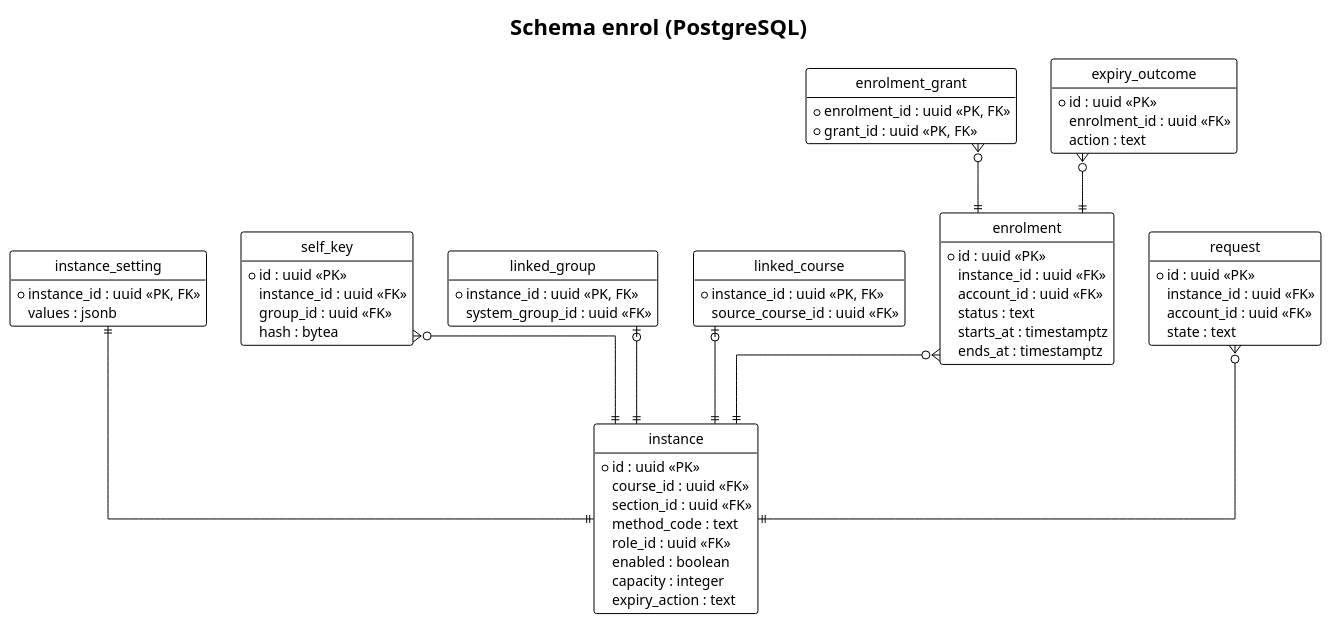
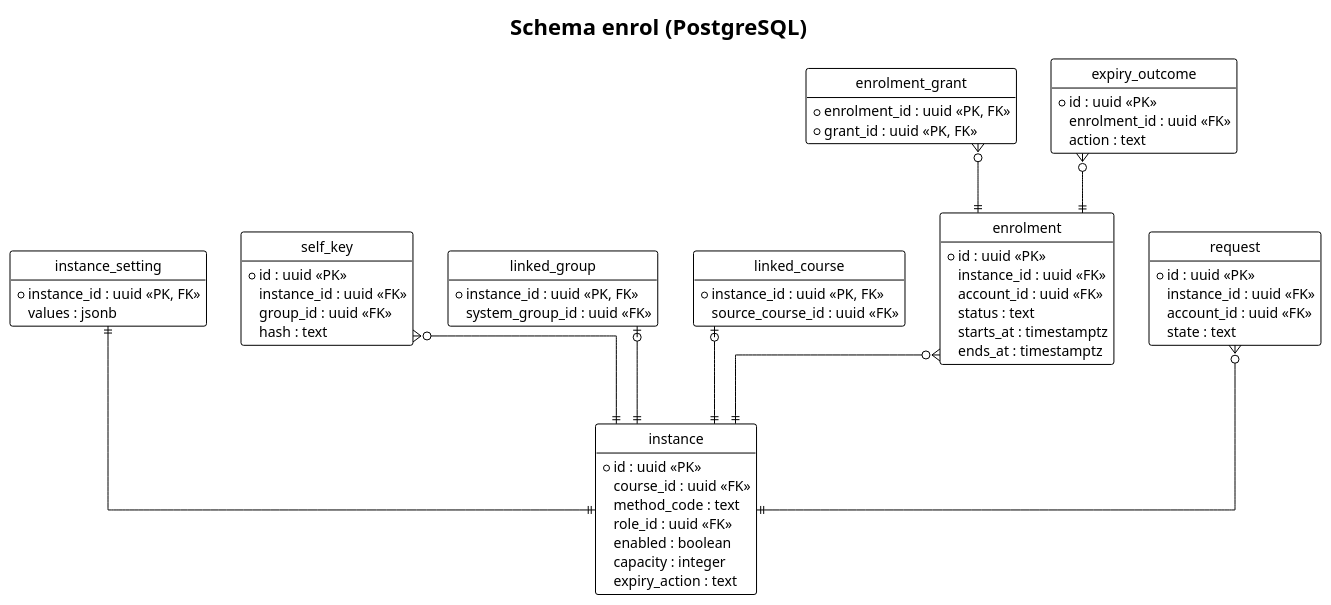
One commit to didactika/kampus changed the diagram in docs/03-design/data-model/enrolment.puml. Above: the diagram before and after it, drawn with PlantUML. The commit also changed 39 other files, not shown here.

```diff
--- a/docs/03-design/data-model/enrolment.puml
+++ b/docs/03-design/data-model/enrolment.puml
@@ -1,68 +1,67 @@
 @startuml
 !theme plain
 hide empty members
 hide circle
 skinparam linetype ortho
 title Schema enrol (PostgreSQL)
 
 entity instance {
   * id : uuid <<PK>>
   course_id : uuid <<FK>>
-  section_id : uuid <<FK>>
   method_code : text
   role_id : uuid <<FK>>
   enabled : boolean
   capacity : integer
   expiry_action : text
 }
 entity instance_setting {
   * instance_id : uuid <<PK, FK>>
   values : jsonb
 }
 entity self_key {
   * id : uuid <<PK>>
   instance_id : uuid <<FK>>
   group_id : uuid <<FK>>
-  hash : bytea
+  hash : text
 }
 entity linked_group {
   * instance_id : uuid <<PK, FK>>
   system_group_id : uuid <<FK>>
 }
 entity linked_course {
   * instance_id : uuid <<PK, FK>>
   source_course_id : uuid <<FK>>
 }
 entity enrolment {
   * id : uuid <<PK>>
   instance_id : uuid <<FK>>
   account_id : uuid <<FK>>
   status : text
   starts_at : timestamptz
   ends_at : timestamptz
 }
 entity enrolment_grant {
   * enrolment_id : uuid <<PK, FK>>
   * grant_id : uuid <<PK, FK>>
 }
 entity request {
   * id : uuid <<PK>>
   instance_id : uuid <<FK>>
   account_id : uuid <<FK>>
   state : text
 }
 entity expiry_outcome {
   * id : uuid <<PK>>
   enrolment_id : uuid <<FK>>
   action : text
 }
 
 instance_setting ||--|| instance
 self_key }o--|| instance
 linked_group |o--|| instance
 linked_course |o--|| instance
 enrolment }o--|| instance
 enrolment_grant }o--|| enrolment
 request }o--|| instance
 expiry_outcome }o--|| enrolment
 @enduml
```
